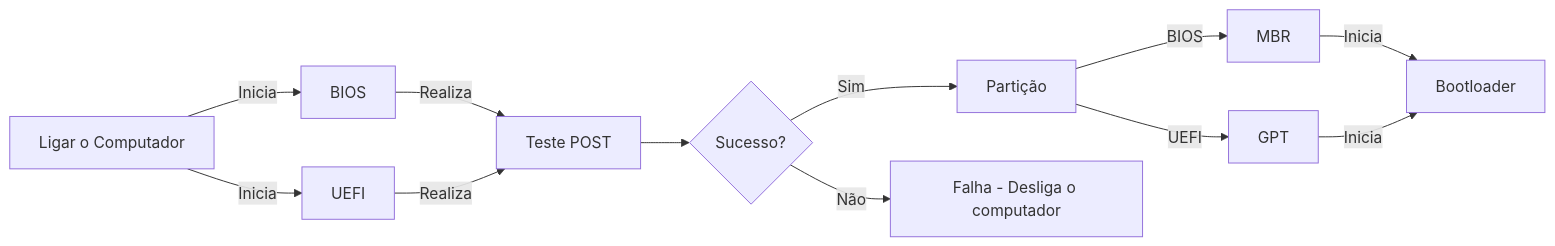
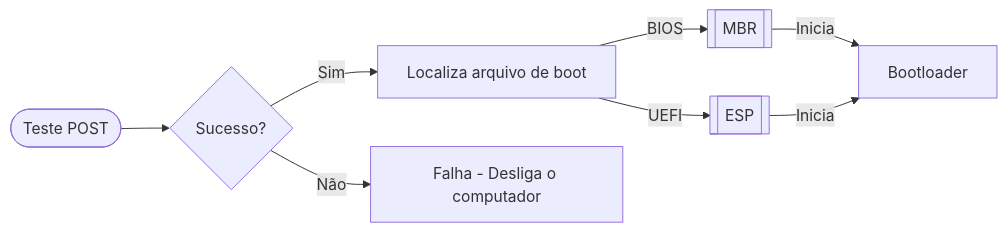
One commit to FelpzzzEX/LecOS changed the second of 2 diagrams in Sistema_Principal/Modulo 1 - Inicio/1-Inicio.md. Above: the diagram before and after it, drawn with Mermaid. The commit also changed other lines of this file and 1 other file, not shown here.

````diff
--- a/Sistema_Principal/Modulo 1 - Inicio/1-Inicio.md
+++ b/Sistema_Principal/Modulo 1 - Inicio/1-Inicio.md
@@ -53,15 +63,10 @@
 ```mermaid
 flowchart LR
-  A["Ligar o Computador"] -->|Inicia| B["BIOS"]
-  A -->|Inicia| C["UEFI"]
-  B -->|Realiza| D["Teste POST"]
-  C -->|Realiza| D
-  D -->I{"Sucesso?"}
-  I -->|Sim| E["Partição"]
+  C(["Teste POST"]) -->I{"Sucesso?"}
+  I -->|Sim| E["Localiza arquivo de boot"]
   I -->|Não| J["Falha - Desliga o computador"]
-  E -->|BIOS| F["MBR"]
-  E -->|UEFI| G["GPT"]
+  E -->|BIOS| F[["MBR"]]
+  E -->|UEFI| G[["ESP"]]
   F -->|Inicia| H["Bootloader"]
   G -->|Inicia| H
-
 ```
````
